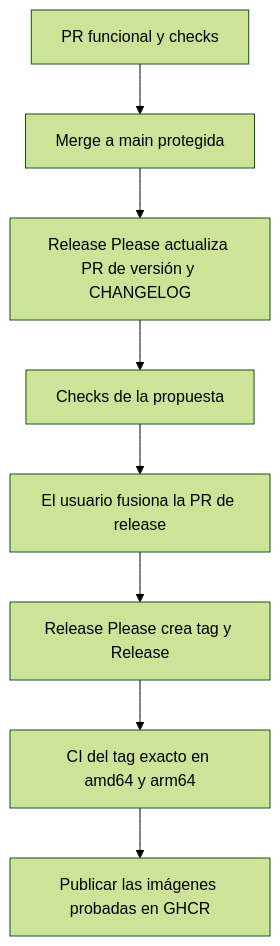
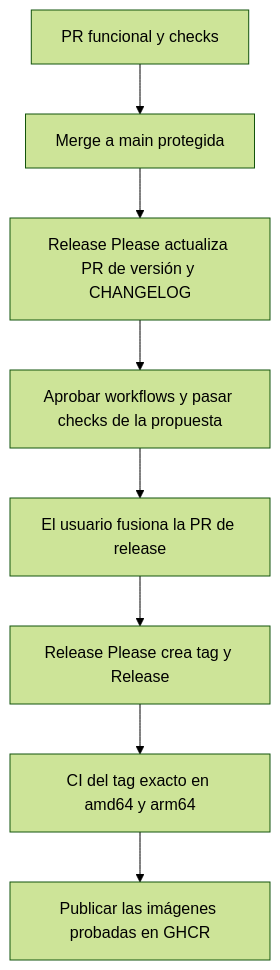
One commit to brunofelixns/mealie-mcp-server changed the diagram in docs/ci.md. Above: the diagram before and after it, drawn with Mermaid (forest theme). The commit also changed other lines of this file and 10 other files, not shown here.

````diff
--- a/docs/ci.md
+++ b/docs/ci.md
@@ -26,10 +32,10 @@
 ```mermaid
 flowchart TD
     A[PR funcional y checks] --> B[Merge a main protegida]
     B --> C[Release Please actualiza PR de versión y CHANGELOG]
-    C --> D[Checks de la propuesta]
+    C --> D[Aprobar workflows y pasar checks de la propuesta]
     D --> E[El usuario fusiona la PR de release]
     E --> F[Release Please crea tag y Release]
     F --> G[CI del tag exacto en amd64 y arm64]
     G --> H[Publicar las imágenes probadas en GHCR]
 ```
````
